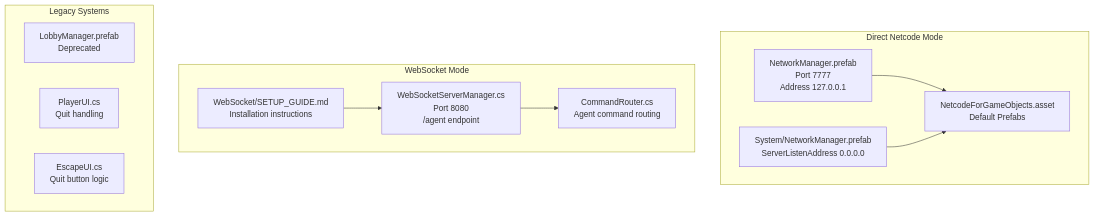
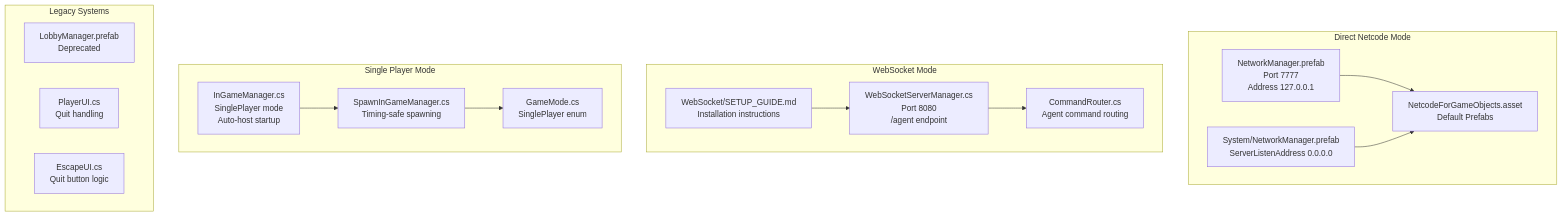
Before and after one commit to kandeng/AI-Controlled-battle-game: the first of 6 diagrams in .qoder/repowiki/en/content/Troubleshooting & Maintenance.md, drawn with Mermaid. The commit also changed other lines of this file and 5 other files, not shown here.

````diff
--- a/.qoder/repowiki/en/content/Troubleshooting & Maintenance.md
+++ b/.qoder/repowiki/en/content/Troubleshooting & Maintenance.md
@@ -56,22 +58,29 @@
 ```mermaid
 graph TB
 subgraph "Direct Netcode Mode"
 A["NetworkManager.prefab<br/>Port 7777<br/>Address 127.0.0.1"]
 B["System/NetworkManager.prefab<br/>ServerListenAddress 0.0.0.0"]
 C["NetcodeForGameObjects.asset<br/>Default Prefabs"]
 end
 subgraph "WebSocket Mode"
 D["WebSocketServerManager.cs<br/>Port 8080<br/>/agent endpoint"]
 E["CommandRouter.cs<br/>Agent command routing"]
 F["WebSocket/SETUP_GUIDE.md<br/>Installation instructions"]
 end
+subgraph "Single Player Mode"
+G["InGameManager.cs<br/>SinglePlayer mode<br/>Auto-host startup"]
+H["SpawnInGameManager.cs<br/>Timing-safe spawning"]
+I["GameMode.cs<br/>SinglePlayer enum"]
+end
 subgraph "Legacy Systems"
-G["LobbyManager.prefab<br/>Deprecated"]
-H["PlayerUI.cs<br/>Quit handling"]
-I["EscapeUI.cs<br/>Quit button logic"]
+J["LobbyManager.prefab<br/>Deprecated"]
+K["PlayerUI.cs<br/>Quit handling"]
+L["EscapeUI.cs<br/>Quit button logic"]
 end
 A --> C
 B --> C
 D --> E
 F --> D
+G --> H
+H --> I
 ```
````
